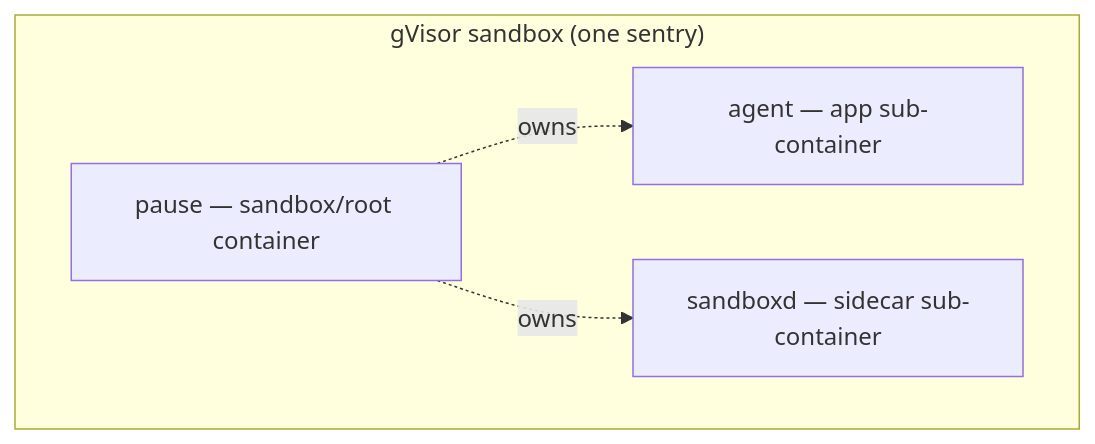
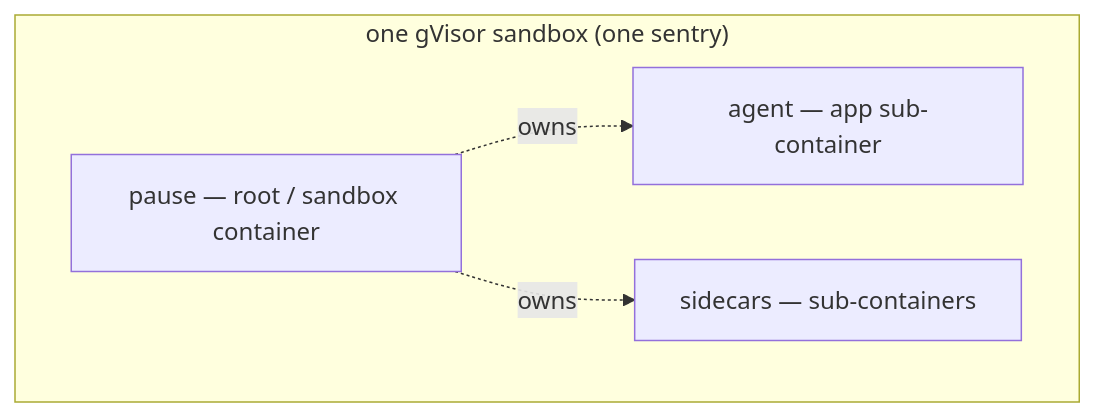
The second of 4 diagrams in docs/HLD.md (mayur-tolexo/runsc-task-restore), drawn with Mermaid before and after one commit. The commit also changed other lines of this file and 10 other files, not shown here.

````diff
--- a/docs/HLD.md
+++ b/docs/HLD.md
@@ -100,10 +43,10 @@
 ```mermaid
 flowchart TD
-    subgraph sandbox["gVisor sandbox (one sentry)"]
-      pause["pause — sandbox/root container"]
+    subgraph sandbox["one gVisor sandbox (one sentry)"]
+      pause["pause — root / sandbox container"]
       agent["agent — app sub-container"]
-      sandboxd["sandboxd — sidecar sub-container"]
+      side["sidecars — sub-containers"]
     end
     pause -. owns .-> agent
-    pause -. owns .-> sandboxd
+    pause -. owns .-> side
 ```
````
